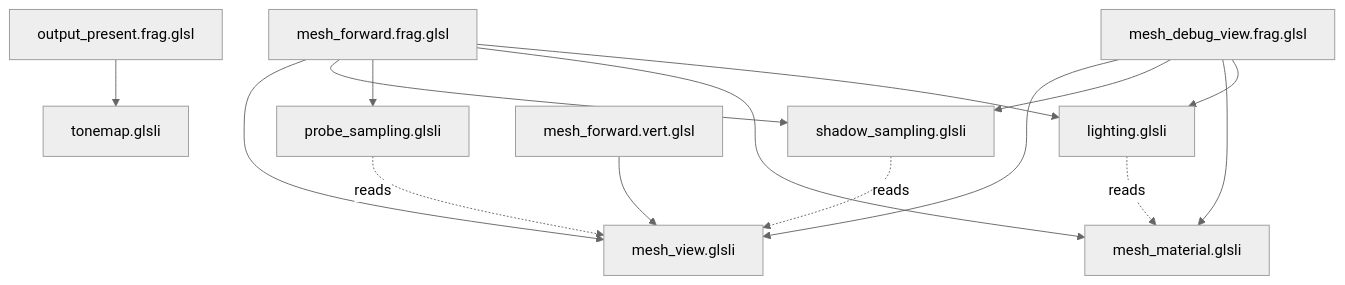
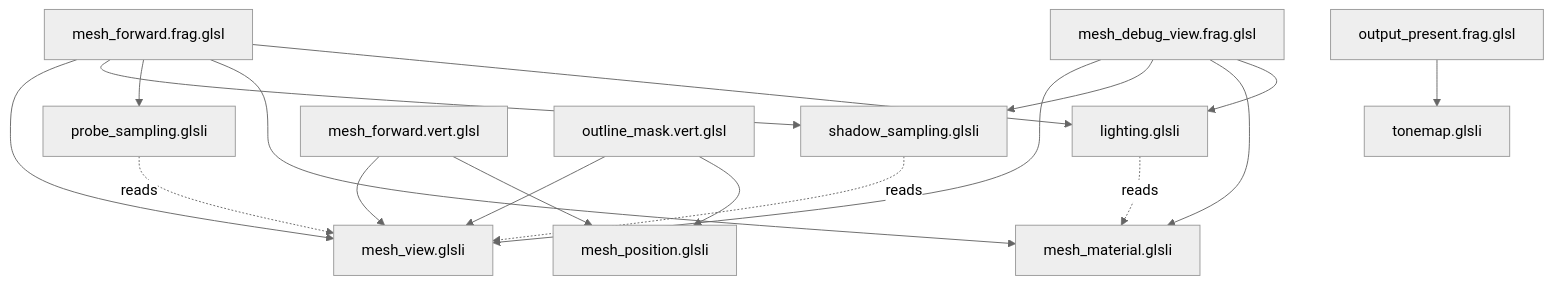
Before and after one commit to GavynBryan/Sencha: the diagram in docs/renderer/shaders.md, drawn with Mermaid (neutral theme). The commit also changed other lines of this file and 9 other files, not shown here.

First line of the commit message:
Give the outline mask a vertex shader of its own

````diff
--- a/docs/renderer/shaders.md
+++ b/docs/renderer/shaders.md
@@ -31,17 +32,20 @@
 ```mermaid
 graph TD
   frag[mesh_forward.frag.glsl] --> frame[mesh_view.glsli]
   frag --> shadow[shadow_sampling.glsli]
   frag --> probe[probe_sampling.glsli]
   frag --> mat[mesh_material.glsli]
   frag --> light[lighting.glsli]
   dbg[mesh_debug_view.frag.glsl] --> frame
   dbg --> shadow
   dbg --> mat
   dbg --> light
   vert[mesh_forward.vert.glsl] --> frame
+  vert --> pos[mesh_position.glsli]
+  mask[outline_mask.vert.glsl] --> frame
+  mask --> pos
   out[output_present.frag.glsl] --> tone[tonemap.glsli]
   shadow -.reads.-> frame
   probe -.reads.-> frame
   light -.reads.-> mat
 ```
````
